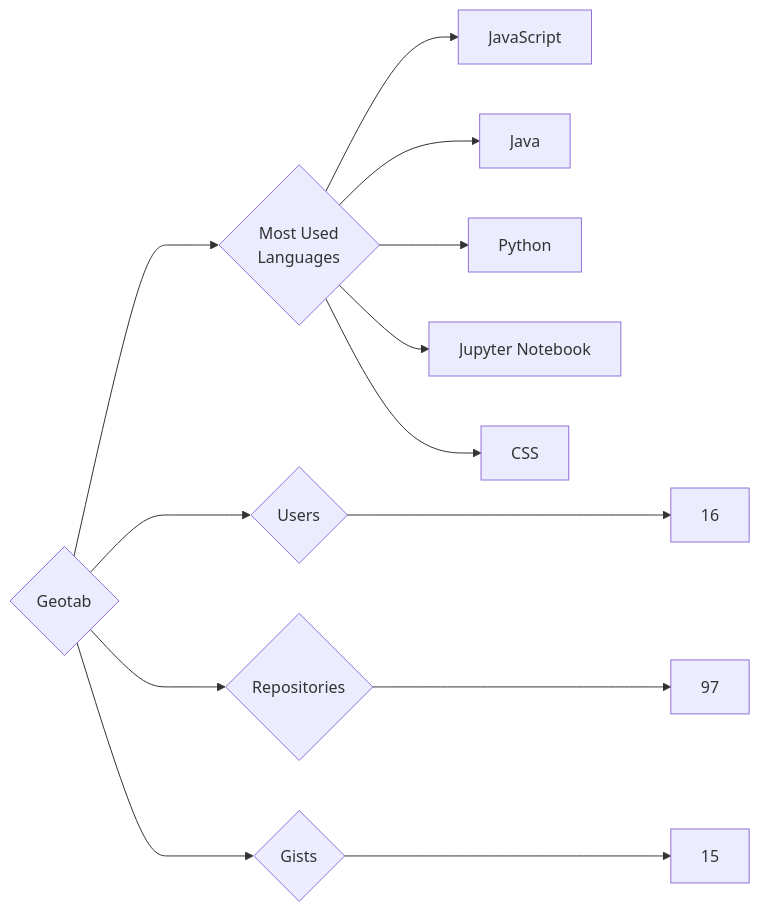
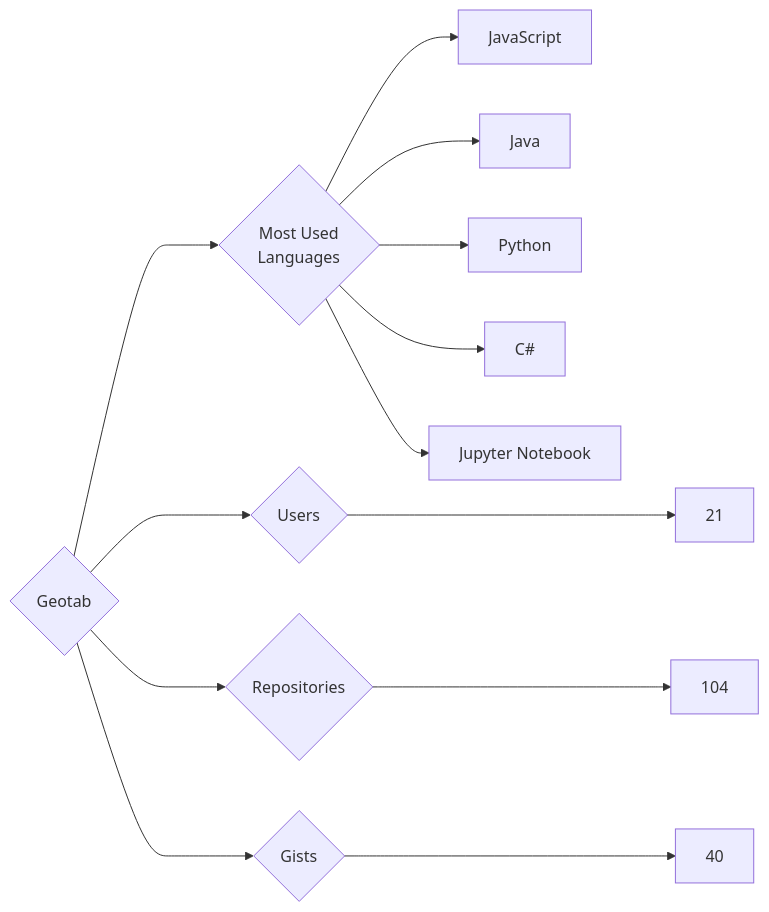
One commit to trickest/insiders changed the diagram in targets/Geotab/README.md. Above: the diagram before and after it, drawn with Mermaid. The commit also changed 965 other files, not shown here.

````diff
--- a/targets/Geotab/README.md
+++ b/targets/Geotab/README.md
@@ -3,13 +3,13 @@
 ```mermaid
 graph LR
 COMPANY_NAME{Geotab}
-COMPANY_NAME ---> U{Users} ---> UN[16]
-COMPANY_NAME ---> R{Repositories} ---> RN[97]
-COMPANY_NAME ---> G{Gists} ---> GN[15]
+COMPANY_NAME ---> U{Users} ---> UN[21]
+COMPANY_NAME ---> R{Repositories} ---> RN[104]
+COMPANY_NAME ---> G{Gists} ---> GN[40]
 COMPANY_NAME ---> ML{Most Used<br>Languages}
 ML --> JavaScript[JavaScript]
 ML --> Java[Java]
 ML --> Python[Python]
+ML --> C#[C#]
 ML --> Jupyter_Notebook[Jupyter Notebook]
-ML --> CSS[CSS]
 ```
````
